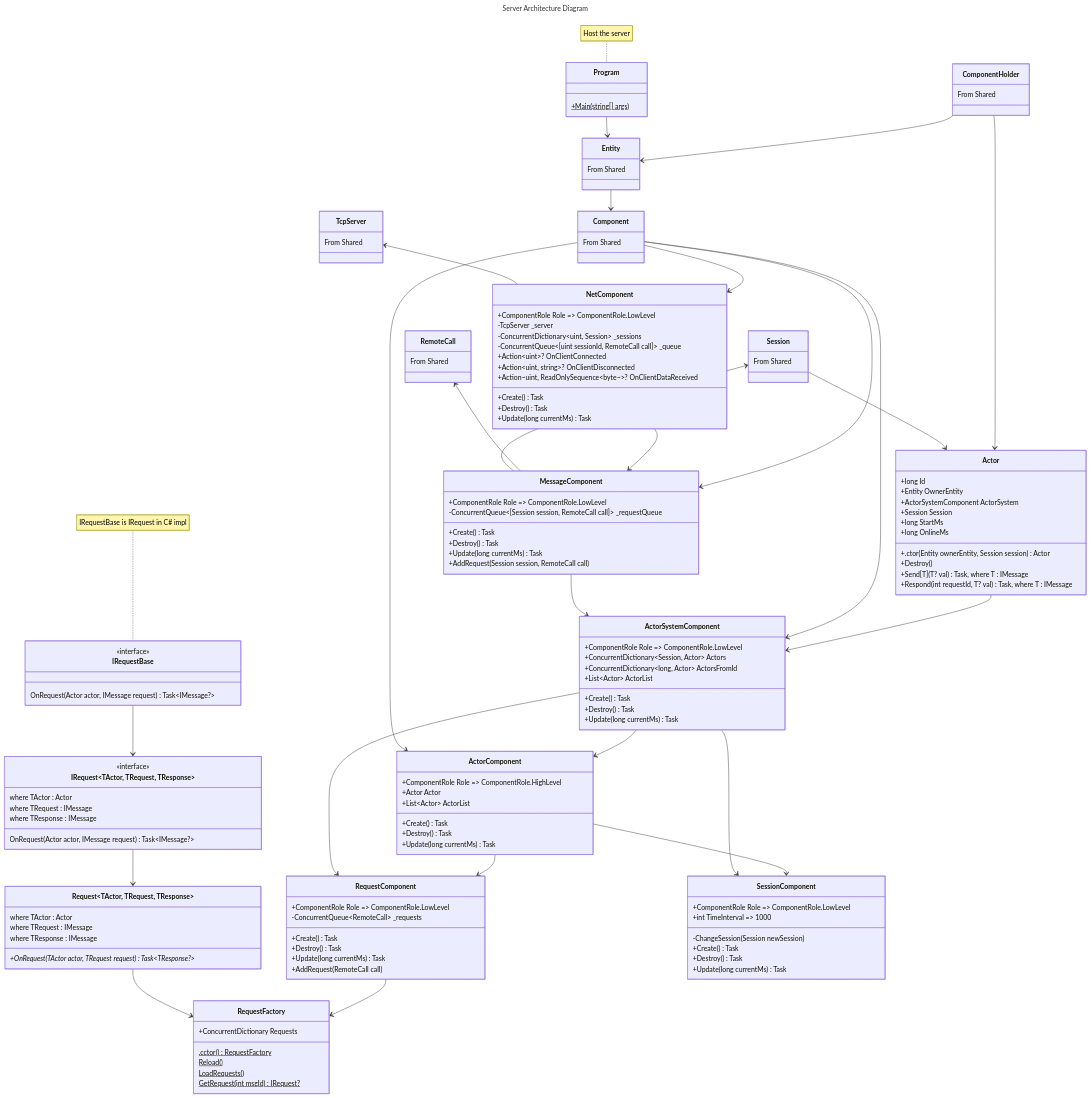
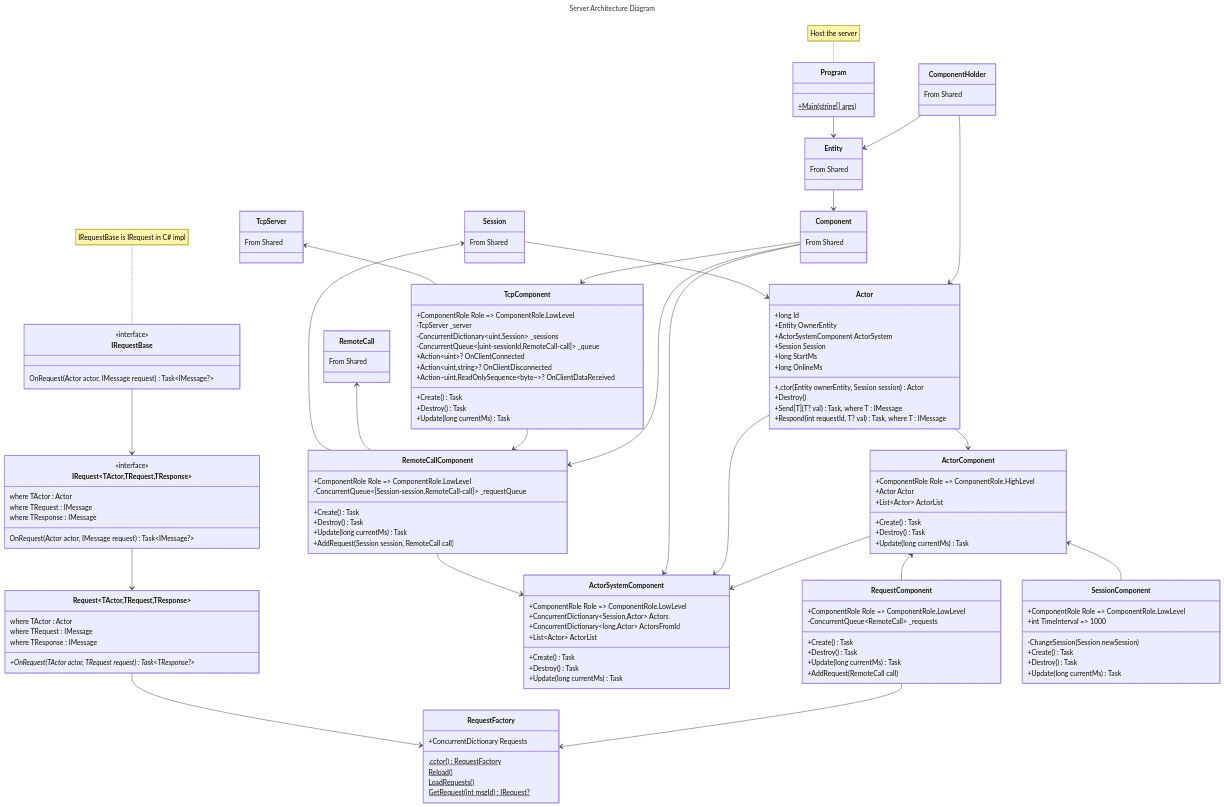
The third of 3 diagrams in README.md (JasonXuDeveloper/DaServer), drawn with Mermaid before and after one commit. The commit also changed other lines of this file and 14 other files, not shown here.

````diff
--- a/README.md
+++ b/README.md
@@ -155,16 +156,16 @@
         OnRequest(Actor actor, IMessage request) Task~IMessage?~
     }
     note for IRequestBase "IRequestBase is IRequest in C# impl"
-    class IRequest~TActor, TRequest, TResponse~{
+    class IRequest~TActor,TRequest,TResponse~{
         <<interface>>
         where TActor : Actor
         where TRequest : IMessage
         where TResponse : IMessage
         OnRequest(Actor actor, IMessage request) Task~IMessage?~
     }
-    IRequestBase --> IRequest~TActor, TRequest, TResponse~
-    IRequest~TActor, TRequest, TResponse~ --> Request~TActor, TRequest, TResponse~
-    class Request~TActor, TRequest, TResponse~{
+    IRequestBase --> IRequest~TActor,TRequest,TResponse~
+    IRequest~TActor,TRequest,TResponse~ --> Request~TActor,TRequest,TResponse~
+    class Request~TActor,TRequest,TResponse~{
         where TActor : Actor
         where TRequest : IMessage
         where TResponse : IMessage
@@ -196,21 +197,21 @@
     class RemoteCall{
         From Shared
     }
-    class NetComponent{
+    class TcpComponent{
         +ComponentRole Role => ComponentRole.LowLevel
         -TcpServer _server
-        -ConcurrentDictionary~uint, Session~ _sessions
-        -ConcurrentQueue~[uint sessionId, RemoteCall call]~ _queue
+        -ConcurrentDictionary~uint,Session~ _sessions
+        -ConcurrentQueue~[uint-sessionId,RemoteCall-call]~ _queue
         +Action~uint~? OnClientConnected
-        +Action~uint, string~? OnClientDisconnected
-        +Action~uint, ReadOnlySequence~byte~~? OnClientDataReceived
+        +Action~uint,string~? OnClientDisconnected
+        +Action~uint,ReadOnlySequence~byte~~? OnClientDataReceived
         +Create() Task
         +Destroy() Task
         +Update(long currentMs) Task
     }
-    class MessageComponent{
+    class RemoteCallComponent{
         +ComponentRole Role => ComponentRole.LowLevel
-        -ConcurrentQueue~[Session session, RemoteCall call]~ _requestQueue
+        -ConcurrentQueue~[Session-session,RemoteCall-call]~ _requestQueue
         +Create() Task
         +Destroy() Task
         +Update(long currentMs) Task
@@ -218,8 +219,8 @@
     }
     class ActorSystemComponent{
         +ComponentRole Role => ComponentRole.LowLevel
-        +ConcurrentDictionary~Session, Actor~ Actors
-        +ConcurrentDictionary~long, Actor~ ActorsFromId
+        +ConcurrentDictionary~Session,Actor~ Actors
+        +ConcurrentDictionary~long,Actor~ ActorsFromId
         +List~Actor~ ActorList
         +Create() Task
         +Destroy() Task
@@ -266,24 +267,22 @@
     }
     note for Program "Host the server"
     Program --> Entity
-    TcpServer <-- NetComponent
-    Session <-- MessageComponent
-    RemoteCall <-- MessageComponent
+    TcpServer <-- TcpComponent
+    Session <-- RemoteCallComponent
+    RemoteCall <-- RemoteCallComponent
     Session --> Actor
     ComponentHolder --> Actor
-    NetComponent --> MessageComponent
-    MessageComponent --> ActorSystemComponent
+    TcpComponent --> RemoteCallComponent
+    RemoteCallComponent --> ActorSystemComponent
     ComponentHolder --> Entity
     Entity --> Component
-    Component --> NetComponent
-    Component --> MessageComponent
+    Component --> TcpComponent
+    Component --> RemoteCallComponent
     Component --> ActorSystemComponent
-    ActorSystemComponent --> RequestComponent
-    ActorSystemComponent --> SessionComponent
-    Component --> ActorComponent
-    ActorSystemComponent --> ActorComponent
-    ActorComponent --> RequestComponent
-    ActorComponent --> SessionComponent
+    Actor --> ActorComponent
     Actor --> ActorSystemComponent
+    ActorComponent --> ActorSystemComponent
+    ActorComponent <-- RequestComponent
+    ActorComponent <-- SessionComponent
     RequestComponent --> RequestFactory
 ```
````
